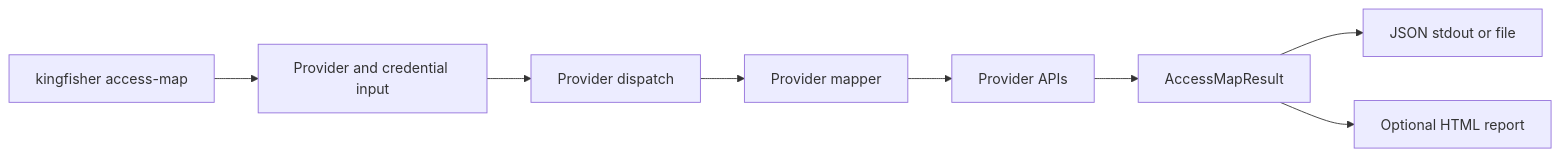
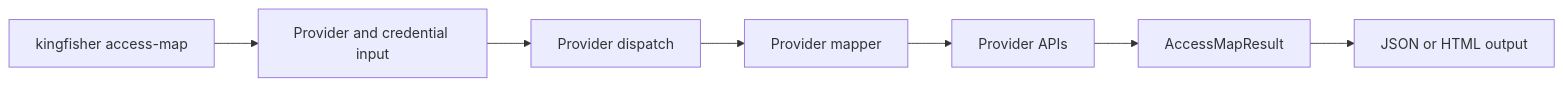
The first of 3 diagrams in docs-site/docs/features/access-map.md (bhardwajRahul/kingfisher), drawn with Mermaid before and after one commit. The commit also changed other lines of this file and 37 other files, not shown here.

````diff
--- a/docs-site/docs/features/access-map.md
+++ b/docs-site/docs/features/access-map.md
@@ -23,10 +28,9 @@
 ```mermaid
 flowchart LR
     CLI[kingfisher access-map] --> Args[Provider and credential input]
     Args --> Dispatch[Provider dispatch]
     Dispatch --> Provider[Provider mapper]
     Provider --> APIs[Provider APIs]
     APIs --> Result[AccessMapResult]
-    Result --> JSON[JSON stdout or file]
-    Result --> HTML[Optional HTML report]
+    Result --> Output[JSON or HTML output]
 ```
````
